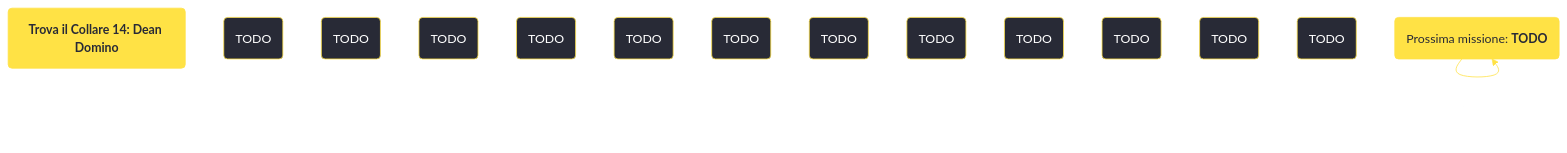
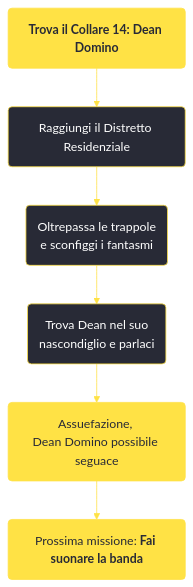
One commit to persy/wastelander changed the diagram in content/voci/fallout new vegas/missioni/Trova il Collare 14 Dean Domino.md. Above: the diagram before and after it, drawn with Mermaid. The commit also changed 174 other files, not shown here.

````diff
--- a/content/voci/fallout new vegas/missioni/Trova il Collare 14 Dean Domino.md
+++ b/content/voci/fallout new vegas/missioni/Trova il Collare 14 Dean Domino.md
@@ -32,24 +32,16 @@
 ```mermaid
 %%{init: {'theme': 'base', 'themeVariables': { 'primaryColor': '#282a36', 'primaryBorderColor': '#ffe245', 'primaryTextColor': '#fff', 'lineColor': '#ffe245', 'fontFamily': 'Jura'}}}%%
 graph TD;
     id1(<b>Trova il Collare 14: Dean Domino</b>):::questfnv
-    id2(TODO)
-    id3(TODO)
-    id4(TODO)
-    id5(TODO)
-    id6(TODO)
-    id7(TODO) 
-    id8(TODO)
-    id9(TODO)
-    id10(TODO)
-    id11(TODO)
-    id12(TODO)
-    id13(TODO) 
-    id(TODO):::rewardfnv
-    id(Prossima missione: <b>TODO</b>):::questfnv
-    id-->id-->id-->id-->id-->id-->id
+    id2(Raggiungi il Distretto Residenziale)
+    id3(Oltrepassa le trappole <br />e sconfiggi i fantasmi)
+    id4(Trova Dean nel suo <br />nascondiglio e parlaci)
+    id5(Assuefazione, <br />Dean Domino possibile seguace):::rewardfnv
+    id6(Prossima missione: <b>Fai suonare la banda</b>):::questfnv
     
-    click id "../TODO"
+    id1-->id2-->id3-->id4-->id5-->id6
+    
+    click id6 "../fai-suonare-la-banda"
     classDef rewardfnv fill:#ffe245, stroke:#ffe245, color:#282a36;
     classDef questfnv fill:#ffe245, stroke:#ffe245, color:#282a36;
 ```
````
